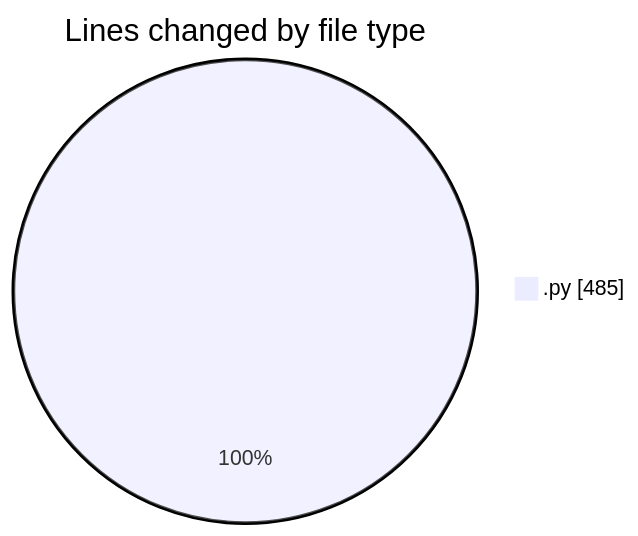
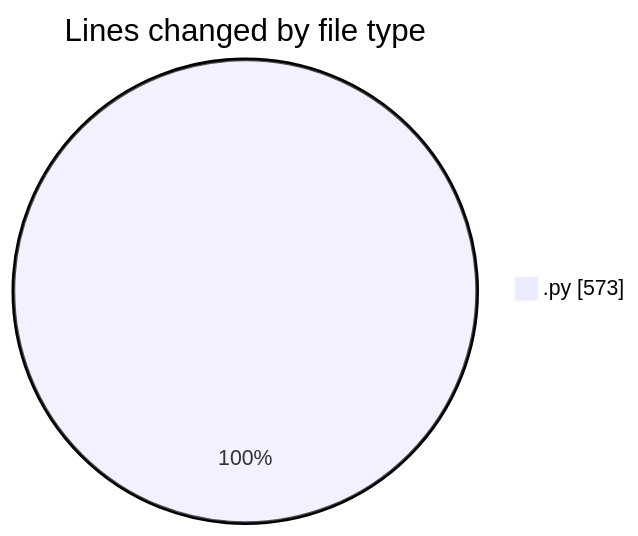
Before and after one commit to momahboobian/code-tracking: the first of 2 diagrams in 2025-06-25/samplepdf/README.md, drawn with Mermaid. The commit also changed other lines of this file and 1 other file, not shown here.

````diff
--- a/2025-06-25/samplepdf/README.md
+++ b/2025-06-25/samplepdf/README.md
@@ -23,5 +24,5 @@
 ```mermaid
 pie showData
 title Lines changed by file type
-".py" : 485
+".py" : 573
 ```
````
